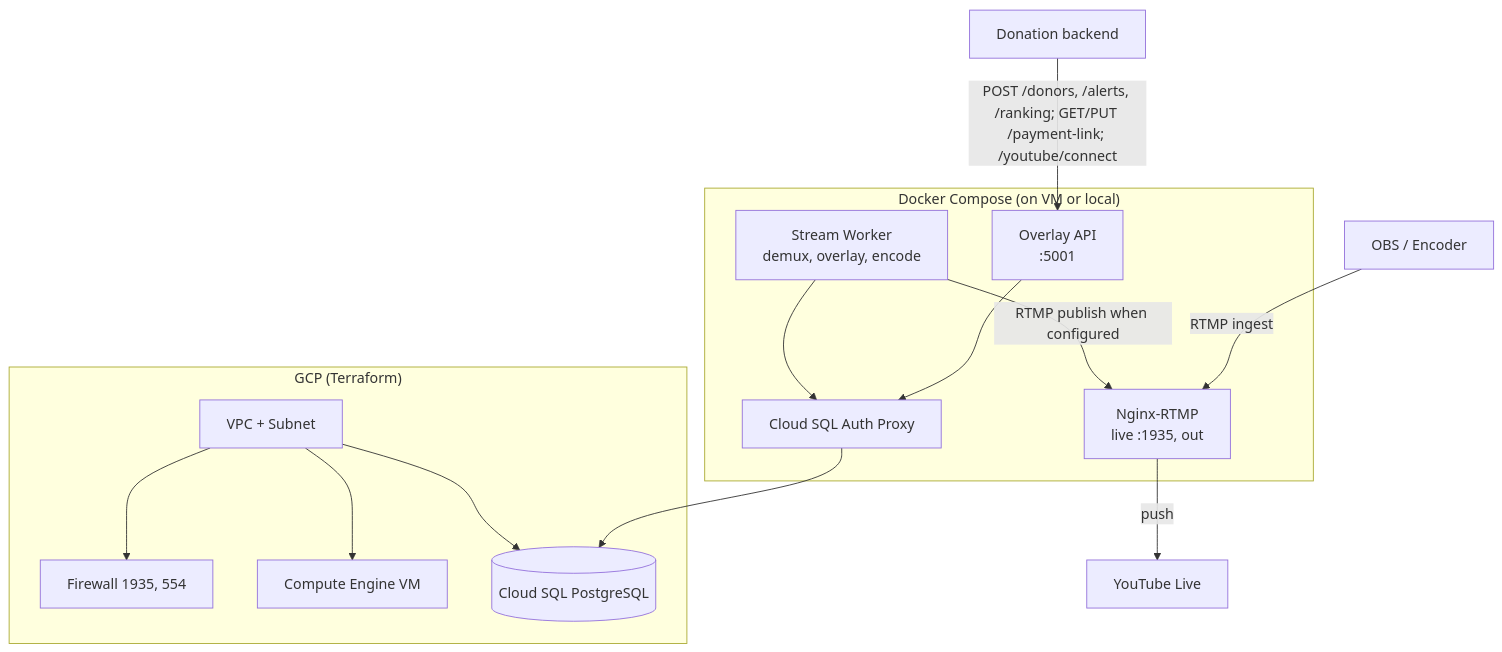
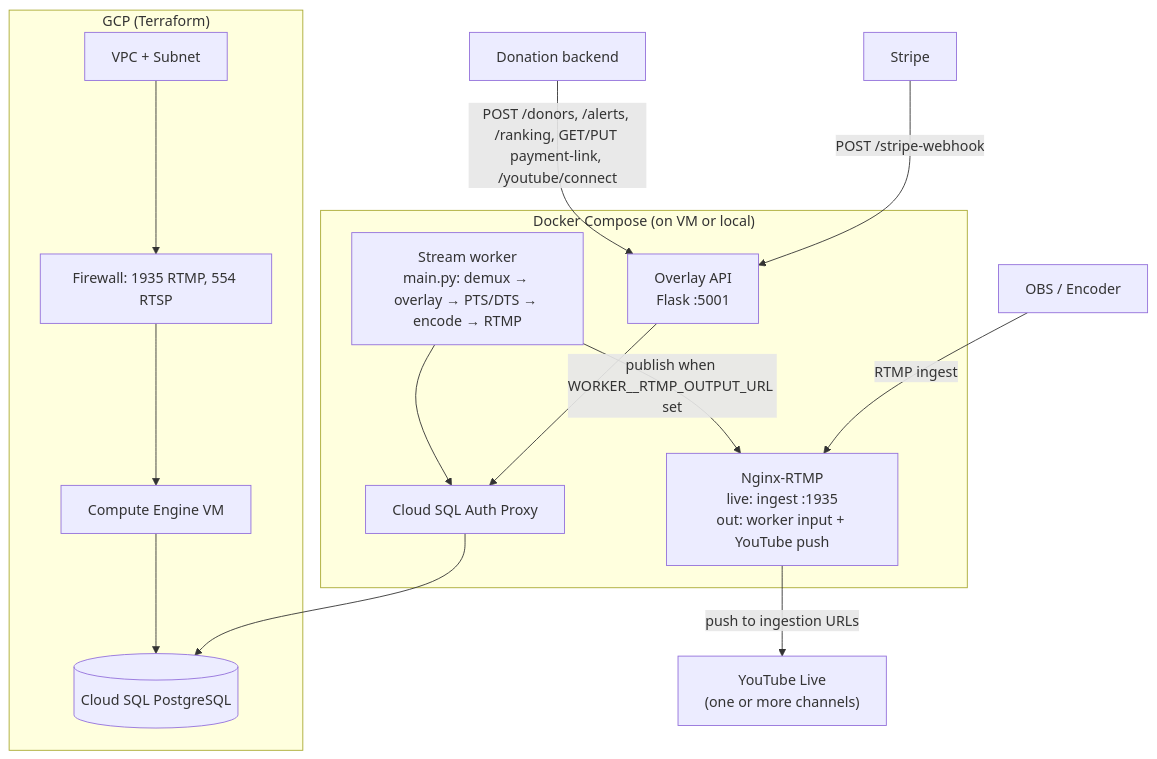
Before and after one commit to iklobato/donatik-tube: the first of 4 diagrams in README.md, drawn with Mermaid. The commit also changed other lines of this file, not shown here.

Commit message:
docs: update README with current structure and clearer diagrams

````diff
--- a/README.md
+++ b/README.md
@@ -31,27 +34,28 @@
 ```mermaid
 flowchart TB
     subgraph GCP["GCP (Terraform)"]
         VPC[VPC + Subnet]
-        FW[Firewall 1935, 554]
+        FW[Firewall: 1935 RTMP, 554 RTSP]
         VM[Compute Engine VM]
         DB[(Cloud SQL PostgreSQL)]
         VPC --> FW
-        VPC --> VM
-        VPC --> DB
+        FW --> VM
+        VM --> DB
     end
 
     subgraph Docker["Docker Compose (on VM or local)"]
-        NGINX[Nginx-RTMP<br/>live :1935, out]
-        WORKER[Stream Worker<br/>demux, overlay, encode]
-        API[Overlay API<br/>:5001]
-        PROXY[Cloud SQL Auth Proxy]
-        WORKER -->|RTMP publish when configured| NGINX
+        NGINX["Nginx-RTMP<br/>live: ingest :1935<br/>out: worker input + YouTube push"]
+        WORKER["Stream worker<br/>main.py: demux → overlay → PTS/DTS → encode → RTMP"]
+        API["Overlay API<br/>Flask :5001"]
+        PROXY["Cloud SQL Auth Proxy"]
+        WORKER -->|publish when WORKER__RTMP_OUTPUT_URL set| NGINX
         WORKER --> PROXY
         API --> PROXY
         PROXY --> DB
     end
 
-    OBS[OBS / Encoder] -->|RTMP ingest| NGINX
-    BACKEND[Donation backend] -->|POST /donors, /alerts, /ranking; GET/PUT /payment-link; /youtube/connect| API
-    NGINX -->|push| YT[YouTube Live]
+    OBS["OBS / Encoder"] -->|RTMP ingest| NGINX
+    BACKEND["Donation backend"] -->|POST /donors, /alerts, /ranking, GET/PUT payment-link, /youtube/connect| API
+    STRIPE["Stripe"] -->|POST /stripe-webhook| API
+    NGINX -->|push to ingestion URLs| YT["YouTube Live<br/>(one or more channels)"]
 ```
````
